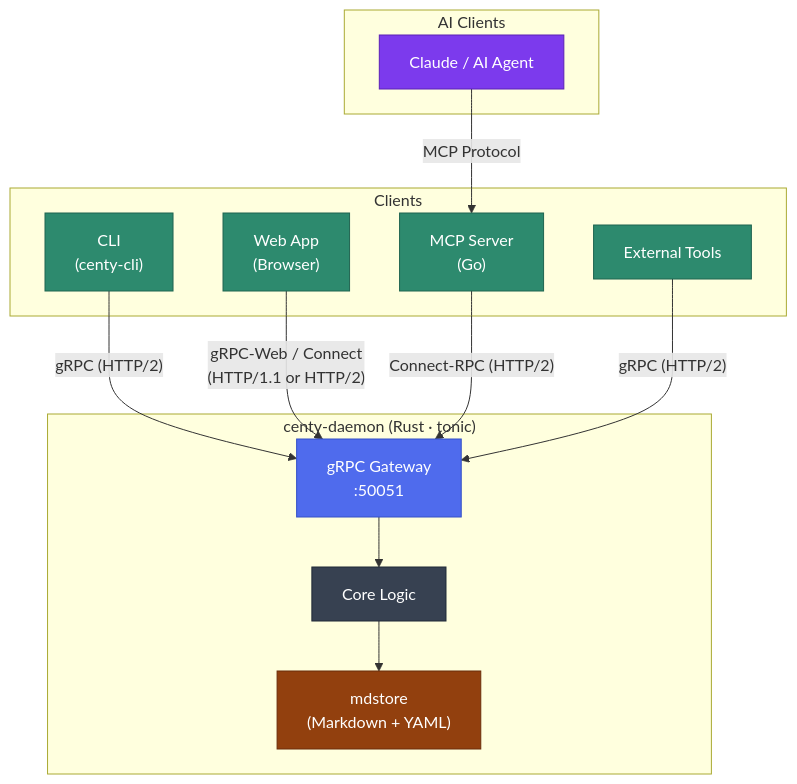
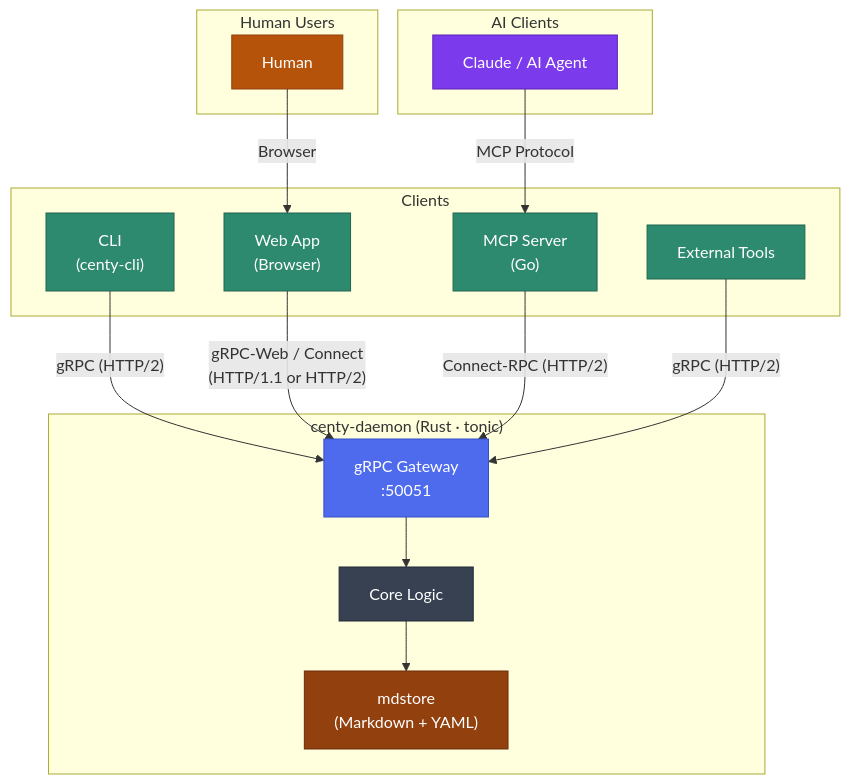
One commit to centy-io/centy-daemon changed the diagram in architecture.mmd. Above: the diagram before and after it, drawn with Mermaid.

Commit message:
docs: add Human user to architecture diagram

```diff
--- a/architecture.mmd
+++ b/architecture.mmd
@@ -1,39 +1,46 @@
 graph TB
     subgraph Clients
         CLI["CLI<br/>(centy-cli)"]
         WebApp["Web App<br/>(Browser)"]
         MCP["MCP Server<br/>(Go)"]
         ExternalTools["External Tools"]
     end
 
     subgraph AIClients["AI Clients"]
         Claude["Claude / AI Agent"]
+    end
+
+    subgraph HumanUsers["Human Users"]
+        Human["Human"]
     end
 
     subgraph Daemon["centy-daemon (Rust · tonic)"]
         gRPC["gRPC Gateway<br/>:50051"]
         Core["Core Logic"]
         Storage["mdstore<br/>(Markdown + YAML)"]
 
         gRPC --> Core
         Core --> Storage
     end
 
     CLI -->|"gRPC (HTTP/2)"| gRPC
     WebApp -->|"gRPC-Web / Connect<br/>(HTTP/1.1 or HTTP/2)"| gRPC
     MCP -->|"Connect-RPC (HTTP/2)"| gRPC
     ExternalTools -->|"gRPC (HTTP/2)"| gRPC
 
     Claude -->|"MCP Protocol"| MCP
+    Human -->|"Browser"| WebApp
 
     classDef gateway fill:#4f6bed,color:#fff,stroke:#3451c7
     classDef client fill:#2d8a6e,color:#fff,stroke:#1f6450
     classDef ai fill:#7c3aed,color:#fff,stroke:#5b21b6
     classDef internal fill:#374151,color:#fff,stroke:#1f2937
     classDef storage fill:#92400e,color:#fff,stroke:#6b2d0a
+    classDef human fill:#b45309,color:#fff,stroke:#92400e
 
     class gRPC gateway
     class CLI,WebApp,MCP,ExternalTools client
     class Claude ai
+    class Human human
     class Core internal
     class Storage storage
```
